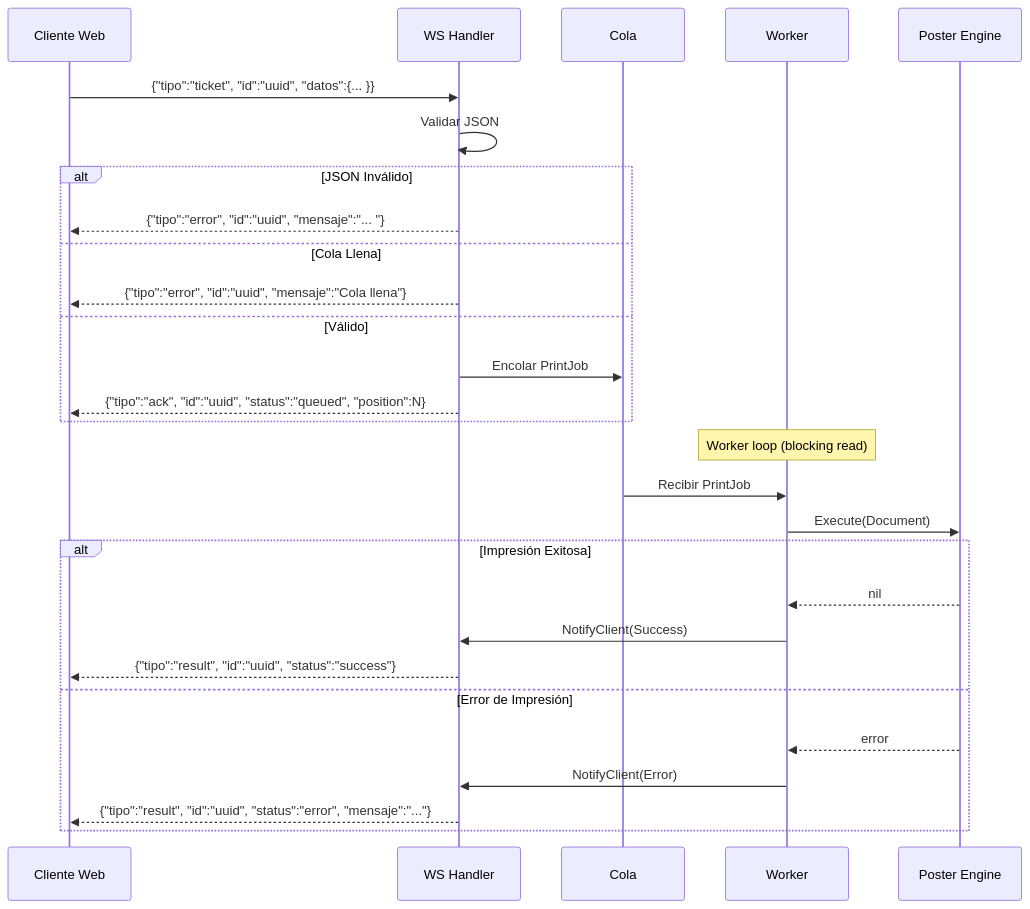
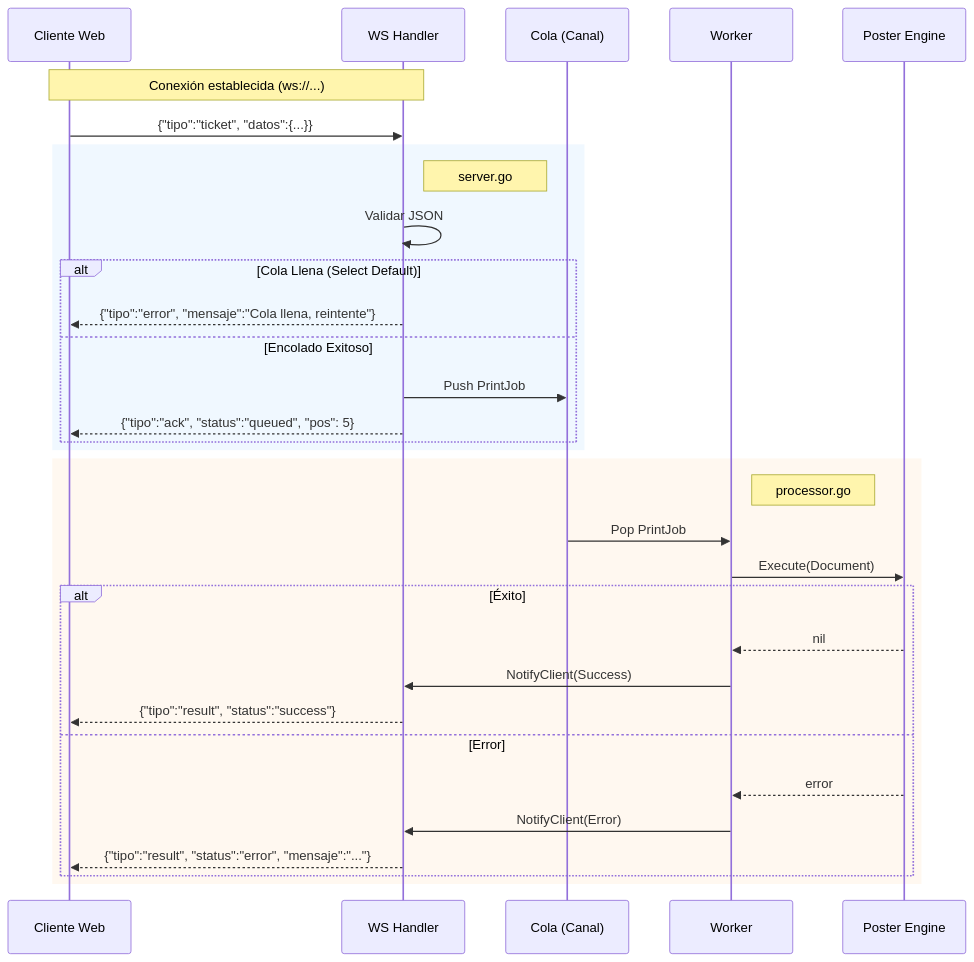
Before and after one commit to adcondev/ticket-daemon: the third of 3 diagrams in README.md, drawn with Mermaid. The commit also changed other lines of this file and 1 other file, not shown here.

Commit message:
docs(readme): add technical summary and architecture details to README and LEARNING

````diff
--- a/README.md
+++ b/README.md
@@ -59,33 +96,39 @@
 ```mermaid
 sequenceDiagram
     participant C as Cliente Web
     participant H as WS Handler
-    participant Q as Cola
+    participant Q as Cola (Canal)
     participant W as Worker
     participant P as Poster Engine
-    C ->> H: {"tipo":"ticket", "id":"uuid", "datos":{... }}
-    H ->> H: Validar JSON
+    Note over C, H: Conexión establecida (ws://...)
+    C ->> H: {"tipo":"ticket", "datos":{...}}
 
-    alt JSON Inválido
-        H -->> C: {"tipo":"error", "id":"uuid", "mensaje":"... "}
-    else Cola Llena
-        H -->> C: {"tipo":"error", "id":"uuid", "mensaje":"Cola llena"}
-    else Válido
-        H ->> Q: Encolar PrintJob
-        H -->> C: {"tipo":"ack", "id":"uuid", "status":"queued", "position":N}
+    rect rgb(240, 248, 255)
+        Note right of H: server.go
+        H ->> H: Validar JSON
+
+        alt Cola Llena (Select Default)
+            H -->> C: {"tipo":"error", "mensaje":"Cola llena, reintente"}
+        else Encolado Exitoso
+            H ->> Q: Push PrintJob
+            H -->> C: {"tipo":"ack", "status":"queued", "pos": 5}
+        end
     end
 
-    Note over W: Worker loop (blocking read)
-    Q ->> W: Recibir PrintJob
-    W ->> P: Execute(Document)
+    rect rgb(255, 248, 240)
+        Note right of W: processor.go
+        Q ->> W: Pop PrintJob
+        W ->> P: Execute(Document)
 
-    alt Impresión Exitosa
-        P -->> W: nil
-        W ->> H: NotifyClient(Success)
-        H -->> C: {"tipo":"result", "id":"uuid", "status":"success"}
-    else Error de Impresión
-        P -->> W: error
-        W ->> H: NotifyClient(Error)
-        H -->> C: {"tipo":"result", "id":"uuid", "status":"error", "mensaje":"..."}
+        alt Éxito
+            P -->> W: nil
+            W ->> H: NotifyClient(Success)
+            H -->> C: {"tipo":"result", "status":"success"}
+        else Error
+            P -->> W: error
+            W ->> H: NotifyClient(Error)
+            H -->> C: {"tipo":"result", "status":"error", "mensaje":"..."}
+        end
     end
+
 ```
````
